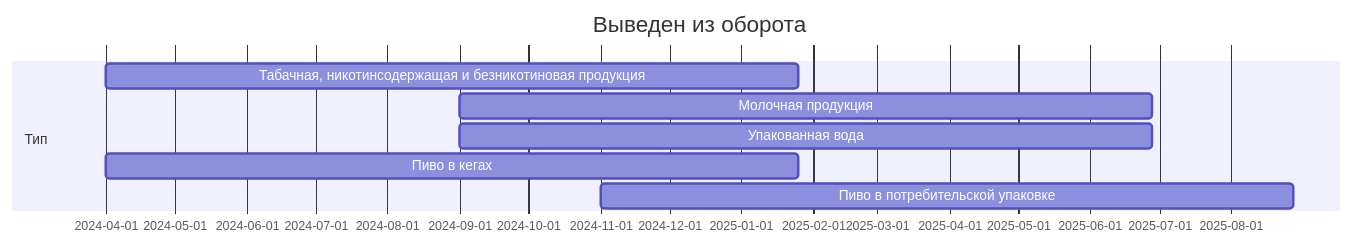
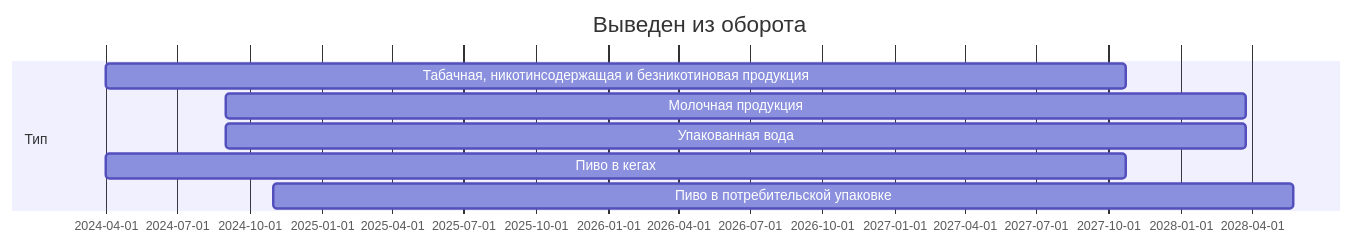
Before and after one commit to itidasoft/wiki: the second of 7 diagrams in imark/ppr1944.md, drawn with Mermaid. The commit also changed other lines of this file, not shown here.

````diff
--- a/imark/ppr1944.md
+++ b/imark/ppr1944.md
@@ -208,11 +208,11 @@
 ```mermaid
 gantt
 	title Выведен из оборота
   dateFormat DD-MM-YYYY
   section Тип  
-  	Табачная, никотинсодержащая и безникотиновая продукция          :a1, 01-04-2024, 300d
-    Молочная продукция    :a2, 01-09-2024, 300d
-    Упакованная вода   :a3, 01-09-2024, 300d
-    Пиво в кегах       :a4, 01-04-2024, 300d
-    Пиво в потребительской упаковке       :a5, 01-11-2024, 300d
+  	Табачная, никотинсодержащая и безникотиновая продукция          :a1, 01-04-2024, 1300d
+    Молочная продукция    :a2, 01-09-2024, 1300d
+    Упакованная вода   :a3, 01-09-2024, 1300d
+    Пиво в кегах       :a4, 01-04-2024, 1300d
+    Пиво в потребительской упаковке       :a5, 01-11-2024, 1300d
 ```
````
